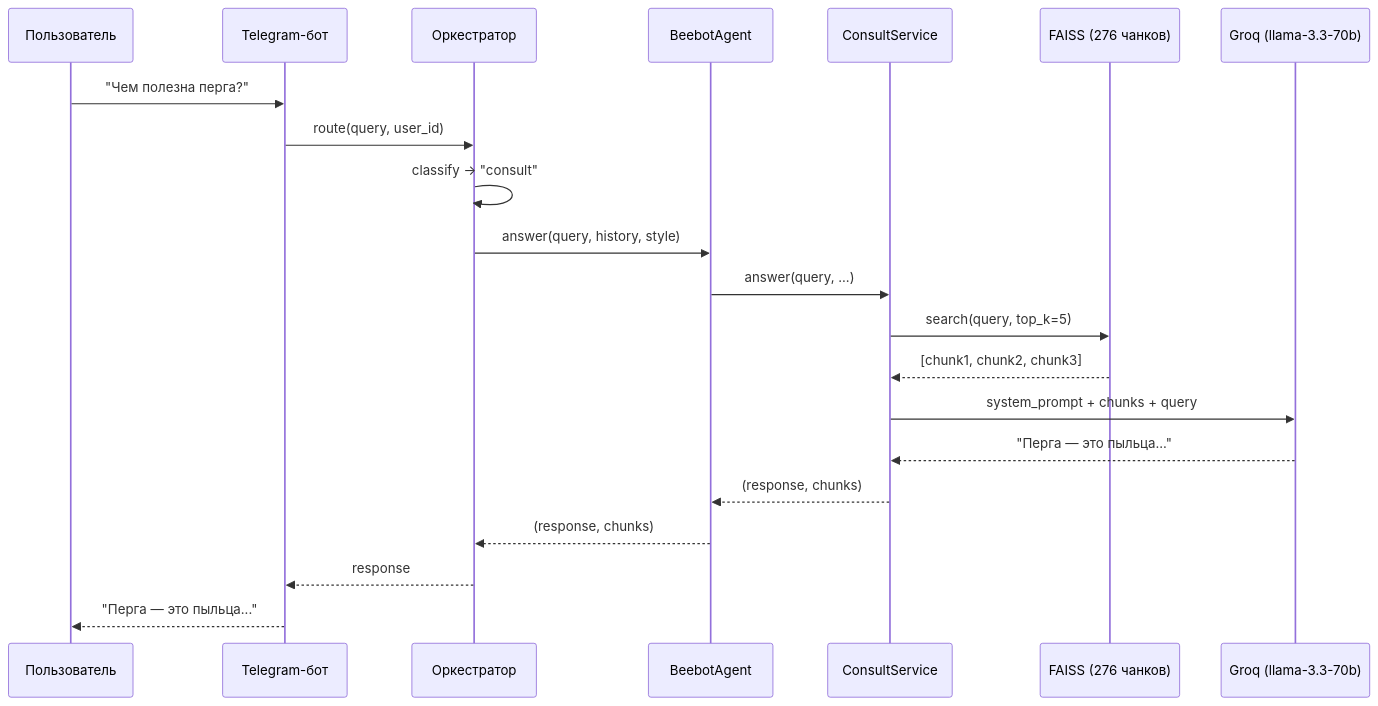
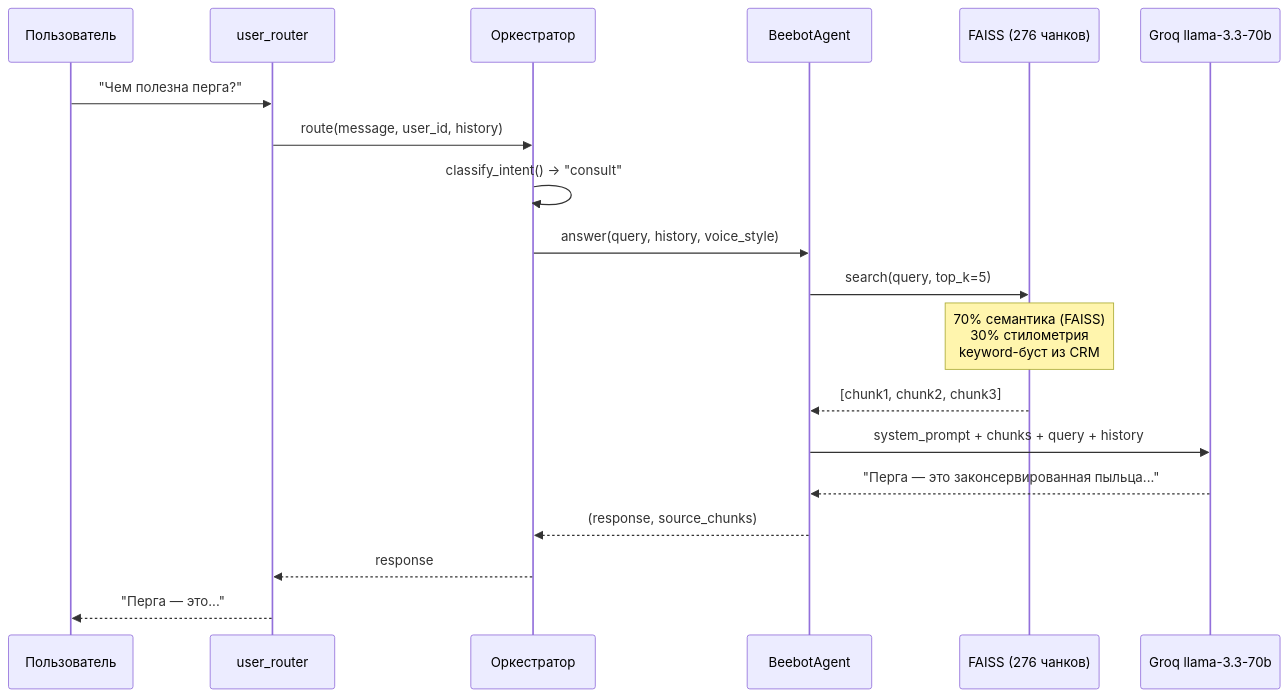
Before and after one commit to unidel2035/BEEBOT: the third of 16 diagrams in docs/architecture.md, drawn with Mermaid. The commit also changed other lines of this file and 6 other files, not shown here.

````diff
--- a/docs/architecture.md
+++ b/docs/architecture.md
@@ -546,24 +130,22 @@
 ```mermaid
 sequenceDiagram
     participant User as Пользователь
-    participant Bot as Telegram-бот
+    participant Router as user_router
     participant Orch as Оркестратор
     participant Agent as BeebotAgent
-    participant Svc as ConsultService
     participant KB as FAISS (276 чанков)
-    participant LLM as Groq (llama-3.3-70b)
+    participant LLM as Groq llama-3.3-70b
 
-    User->>Bot: "Чем полезна перга?"
-    Bot->>Orch: route(query, user_id)
-    Orch->>Orch: classify → "consult"
-    Orch->>Agent: answer(query, history, style)
-    Agent->>Svc: answer(query, ...)
-    Svc->>KB: search(query, top_k=5)
-    KB-->>Svc: [chunk1, chunk2, chunk3]
-    Svc->>LLM: system_prompt + chunks + query
-    LLM-->>Svc: "Перга — это пыльца..."
-    Svc-->>Agent: (response, chunks)
-    Agent-->>Orch: (response, chunks)
-    Orch-->>Bot: response
-    Bot-->>User: "Перга — это пыльца..."
+    User->>Router: "Чем полезна перга?"
+    Router->>Orch: route(message, user_id, history)
+    Orch->>Orch: classify_intent() → "consult"
+    Orch->>Agent: answer(query, history, voice_style)
+    Agent->>KB: search(query, top_k=5)
+    Note over KB: 70% семантика (FAISS)<br/>30% стилометрия<br/>keyword-буст из CRM
+    KB-->>Agent: [chunk1, chunk2, chunk3]
+    Agent->>LLM: system_prompt + chunks + query + history
+    LLM-->>Agent: "Перга — это законсервированная пыльца..."
+    Agent-->>Orch: (response, source_chunks)
+    Orch-->>Router: response
+    Router-->>User: "Перга — это..."
 ```
````
